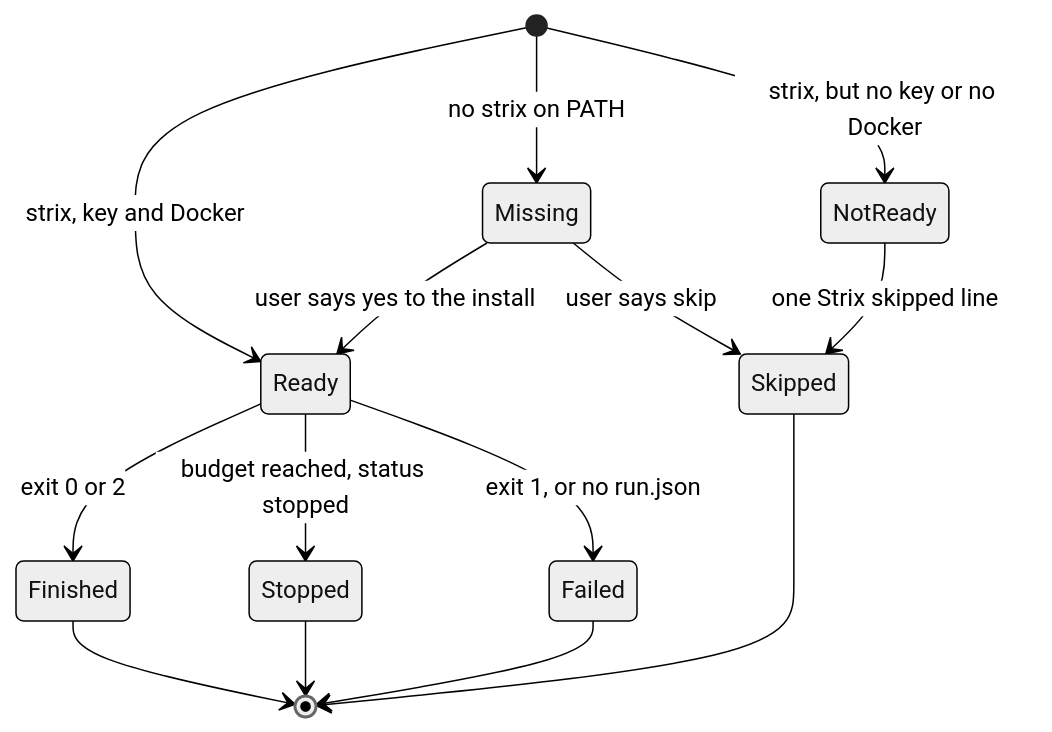
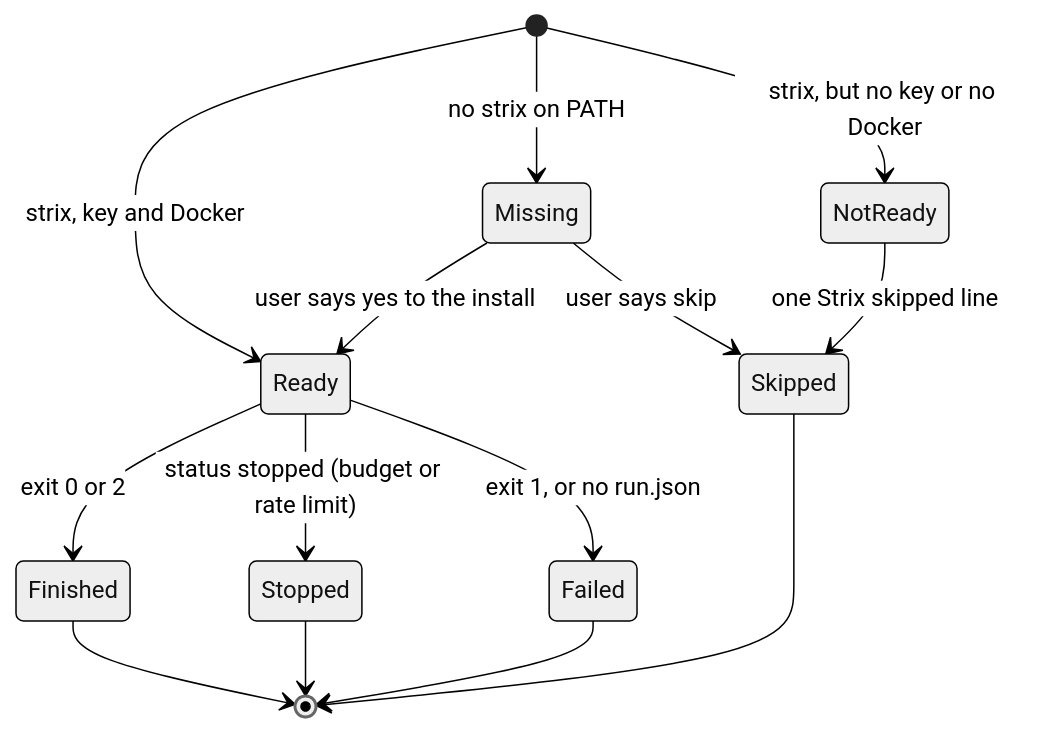
One commit to dzaffren/claude-plugin changed the second of 6 diagrams in docs/specs/strix-code.md. Above: the diagram before and after it, drawn with Mermaid (neutral theme). The commit also changed other lines of this file and 2 other files, not shown here.

First line of the commit message:
fix(release): say a Strix run stopped, not why

````diff
--- a/docs/specs/strix-code.md
+++ b/docs/specs/strix-code.md
@@ -48,16 +48,16 @@
 ```mermaid
 stateDiagram-v2
   [*] --> Missing: no strix on PATH
   [*] --> NotReady: strix, but no key or no Docker
   [*] --> Ready: strix, key and Docker
   Missing --> Ready: user says yes to the install
   Missing --> Skipped: user says skip
   NotReady --> Skipped: one Strix skipped line
   Ready --> Finished: exit 0 or 2
   Ready --> Failed: exit 1, or no run.json
-  Ready --> Stopped: budget reached, status stopped
+  Ready --> Stopped: status stopped (budget or rate limit)
   Finished --> [*]
   Stopped --> [*]
   Failed --> [*]
   Skipped --> [*]
 ```
````
